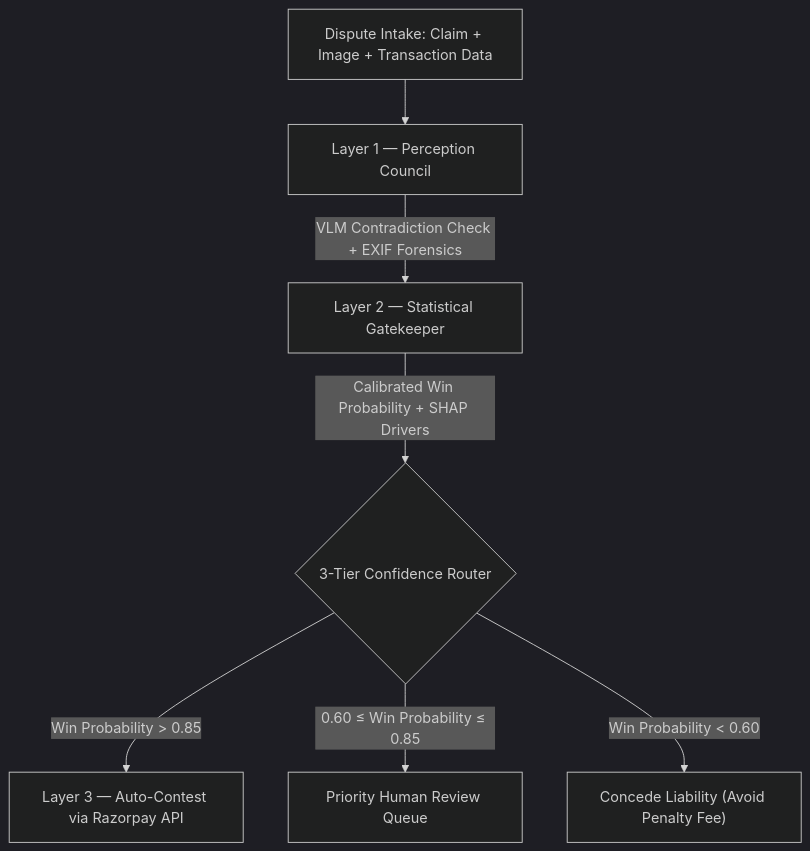
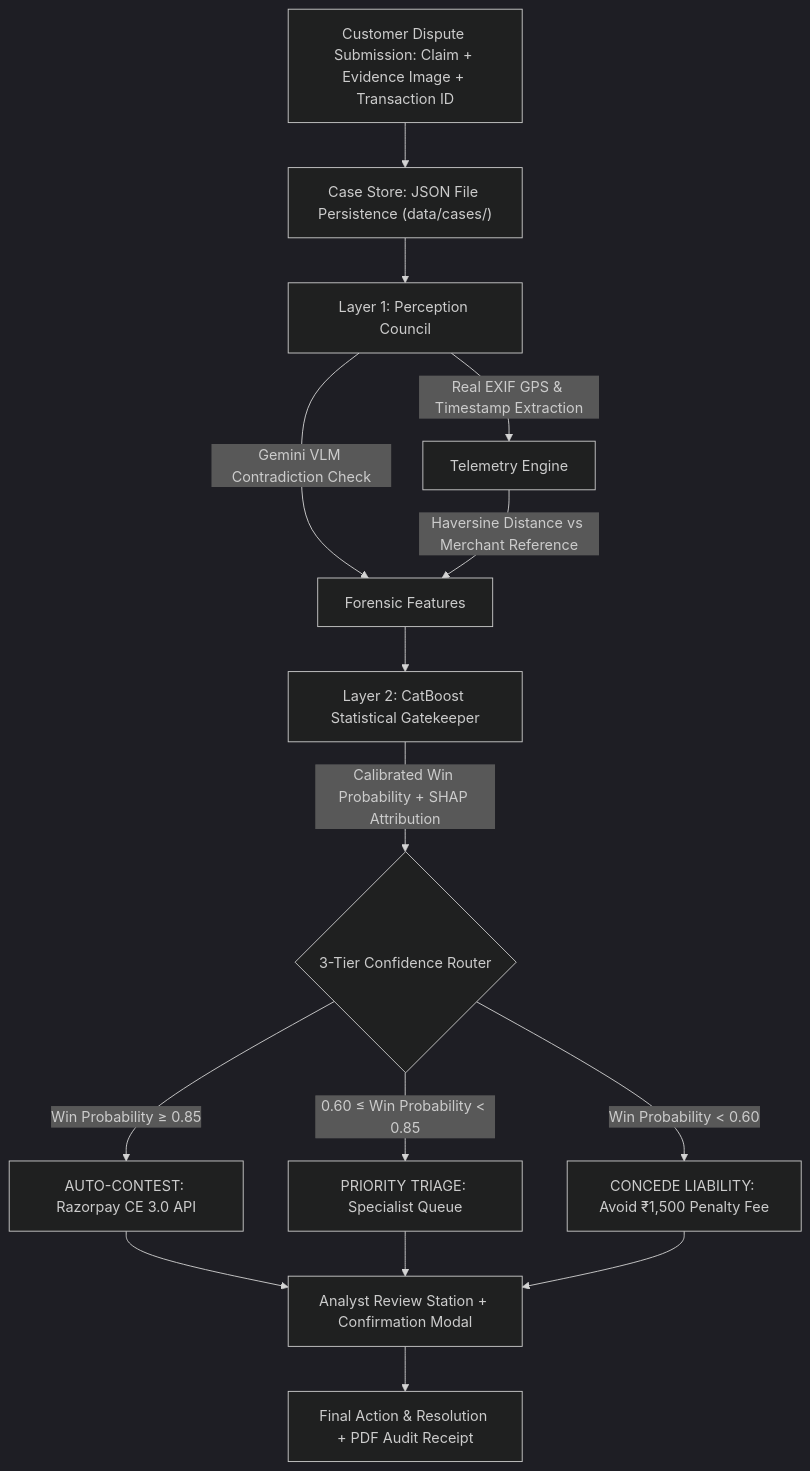
Before and after one commit to chethanataltaje/multimodal-chargeback-defender: the diagram in README.md, drawn with Mermaid (dark theme). The commit also changed other lines of this file and 18 other files, not shown here.

Commit message:
feat: complete multimodal dispute operations platform with dual portals, CE 3.0, and PDF audit receipts

````diff
--- a/README.md
+++ b/README.md
@@ -68,9 +76,15 @@
 ```mermaid
 graph TD
-    A["Dispute Intake: Claim + Image + Transaction Data"] --> B["Layer 1 — Perception Council"]
-    B -->|"VLM Contradiction Check + EXIF Forensics"| C["Layer 2 — Statistical Gatekeeper"]
-    C -->|"Calibrated Win Probability + SHAP Drivers"| D{"3-Tier Confidence Router"}
-    D -- "Win Probability > 0.85" --> E["Layer 3 — Auto-Contest via Razorpay API"]
-    D -- "0.60 ≤ Win Probability ≤ 0.85" --> F["Priority Human Review Queue"]
-    D -- "Win Probability < 0.60" --> G["Concede Liability (Avoid Penalty Fee)"]
+    A["Customer Dispute Submission: Claim + Evidence Image + Transaction ID"] --> B["Case Store: JSON File Persistence (data/cases/)"]
+    B --> C["Layer 1: Perception Council"]
+    C -->|"Gemini VLM Contradiction Check"| D["Forensic Features"]
+    C -->|"Real EXIF GPS & Timestamp Extraction"| E["Telemetry Engine"]
+    E -->|"Haversine Distance vs Merchant Reference"| D
+    D --> F["Layer 2: CatBoost Statistical Gatekeeper"]
+    F -->|"Calibrated Win Probability + SHAP Attribution"| G{"3-Tier Confidence Router"}
+    G -- "Win Probability ≥ 0.85" --> H["AUTO-CONTEST: Razorpay CE 3.0 API"]
+    G -- "0.60 ≤ Win Probability < 0.85" --> I["PRIORITY TRIAGE: Specialist Queue"]
+    G -- "Win Probability < 0.60" --> J["CONCEDE LIABILITY: Avoid ₹1,500 Penalty Fee"]
+    H & I & J --> K["Analyst Review Station + Confirmation Modal"]
+    K --> L["Final Action & Resolution + PDF Audit Receipt"]
 ```
````
